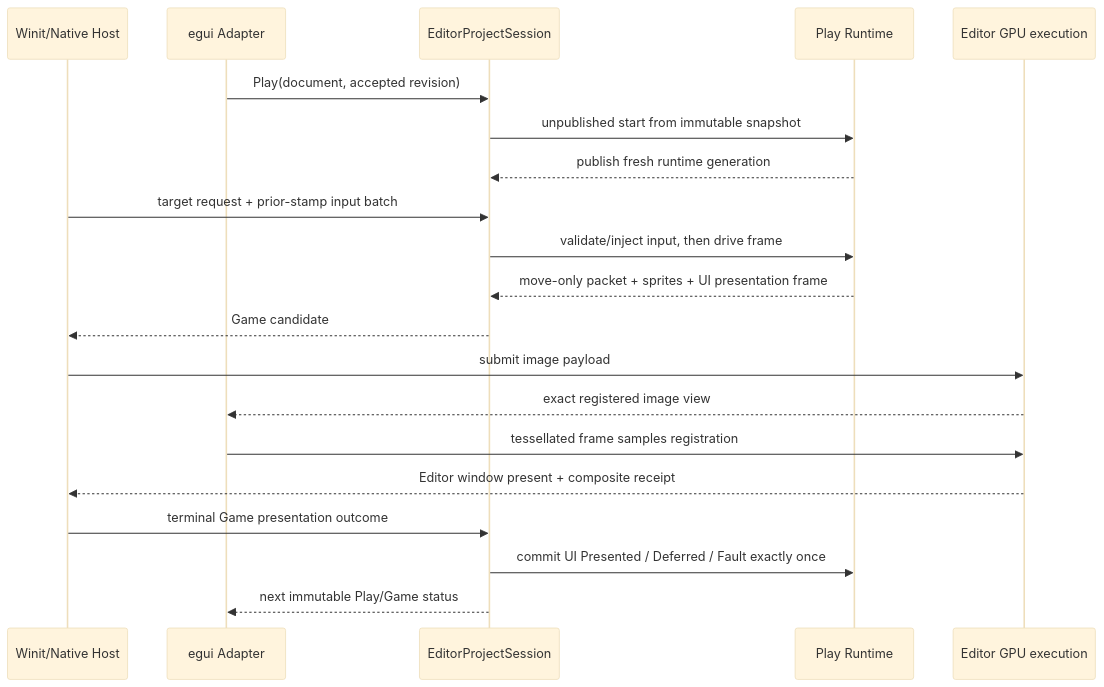
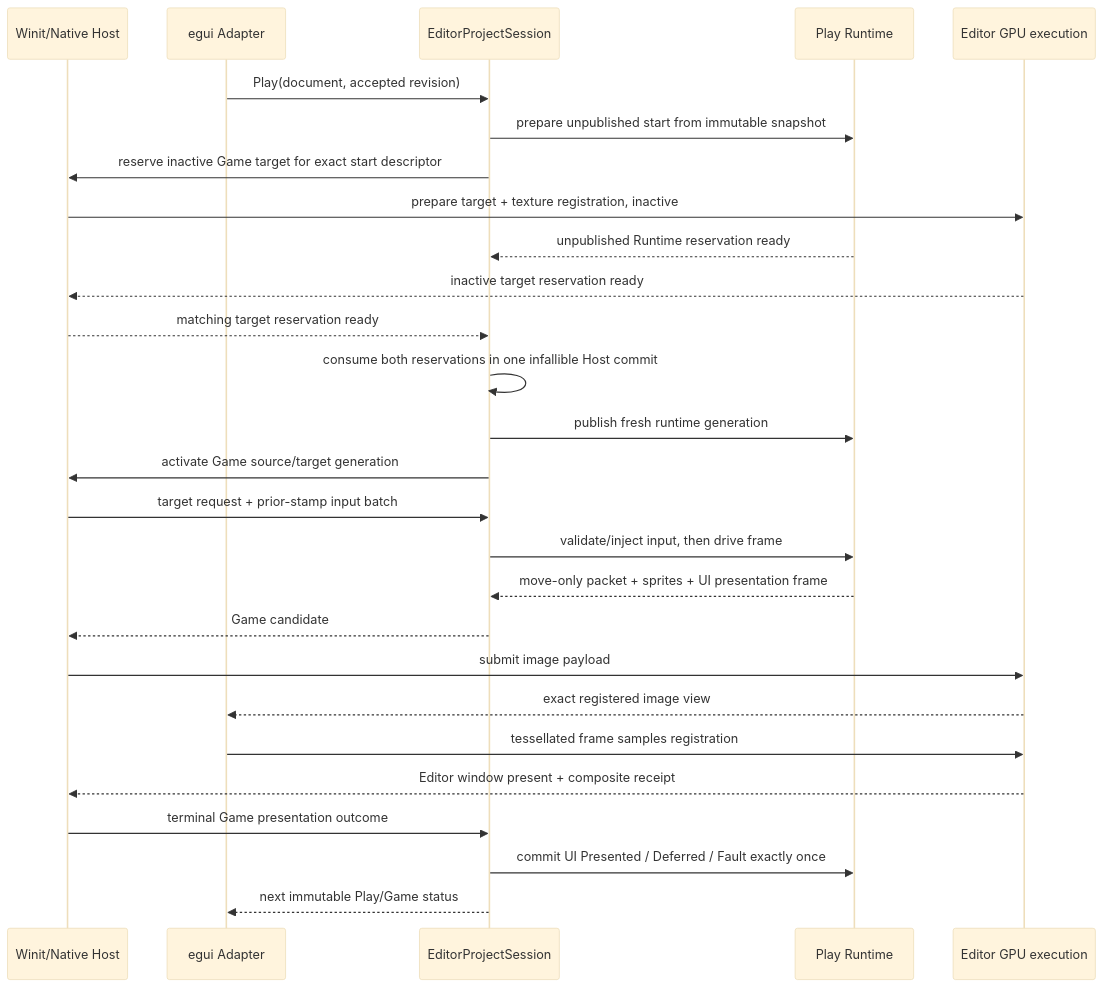
The second of 4 diagrams in docs/plans/2026-08-16-2157-feat-editor-game-view-v1-plan.md (Latias94/nara), drawn with Mermaid (base theme) before and after one commit. The commit also changed other lines of this file, not shown here.

Commit message:
docs(editor): close game view feasibility gaps

````diff
--- a/docs/plans/2026-08-16-2157-feat-editor-game-view-v1-plan.md
+++ b/docs/plans/2026-08-16-2157-feat-editor-game-view-v1-plan.md
@@ -334,23 +339,30 @@
 ```mermaid
 sequenceDiagram
     participant W as Winit/Native Host
     participant E as egui Adapter
     participant H as EditorProjectSession
     participant R as Play Runtime
     participant G as Editor GPU execution
 
     E->>H: Play(document, accepted revision)
-    H->>R: unpublished start from immutable snapshot
-    R-->>H: publish fresh runtime generation
+    H->>R: prepare unpublished start from immutable snapshot
+    H->>W: reserve inactive Game target for exact start descriptor
+    W->>G: prepare target + texture registration, inactive
+    R-->>H: unpublished Runtime reservation ready
+    G-->>W: inactive target reservation ready
+    W-->>H: matching target reservation ready
+    H->>H: consume both reservations in one infallible Host commit
+    H->>R: publish fresh runtime generation
+    H->>W: activate Game source/target generation
     W->>H: target request + prior-stamp input batch
     H->>R: validate/inject input, then drive frame
     R-->>H: move-only packet + sprites + UI presentation frame
     H-->>W: Game candidate
     W->>G: submit image payload
     G-->>E: exact registered image view
     E->>G: tessellated frame samples registration
     G-->>W: Editor window present + composite receipt
     W->>H: terminal Game presentation outcome
     H->>R: commit UI Presented / Deferred / Fault exactly once
     H-->>E: next immutable Play/Game status
 ```
````
